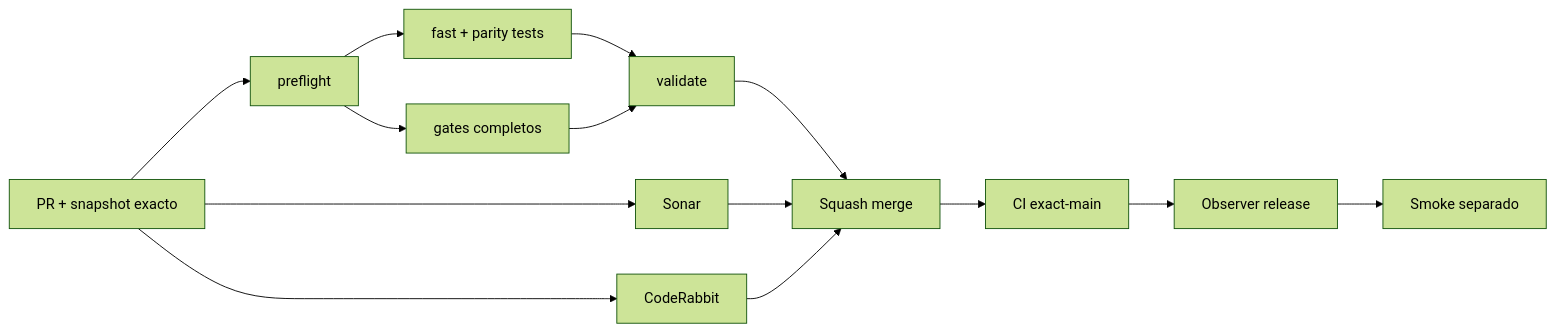
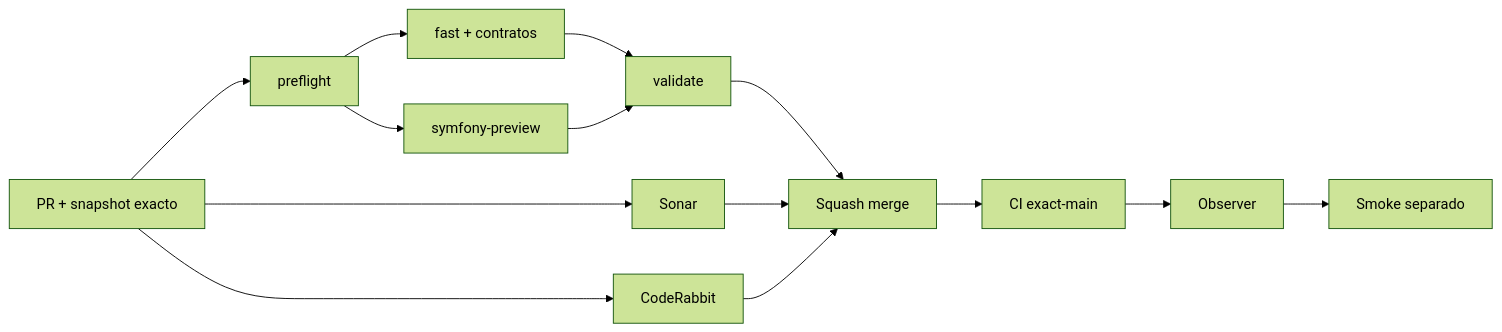
One commit to pl0n3r/GrindFlow changed the diagram in README.md. Above: the diagram before and after it, drawn with Mermaid (forest theme). The commit also changed other lines of this file and 10 other files, not shown here.

````diff
--- a/README.md
+++ b/README.md
@@ -48,16 +48,16 @@
 ```mermaid
 flowchart LR
  A["PR + snapshot exacto"] --> P["preflight"]
- P --> F["fast + parity tests"]
- P --> H["gates completos"]
+ P --> F["fast + contratos"]
+ P --> S2["symfony-preview"]
  F --> V["validate"]
- H --> V
+ S2 --> V
  A --> S["Sonar"]
  A --> C["CodeRabbit"]
  V --> M["Squash merge"]
  S --> M
  C --> M
  M --> X["CI exact-main"]
- X --> O["Observer release"]
+ X --> O["Observer"]
  O --> T["Smoke separado"]
 ```
````
